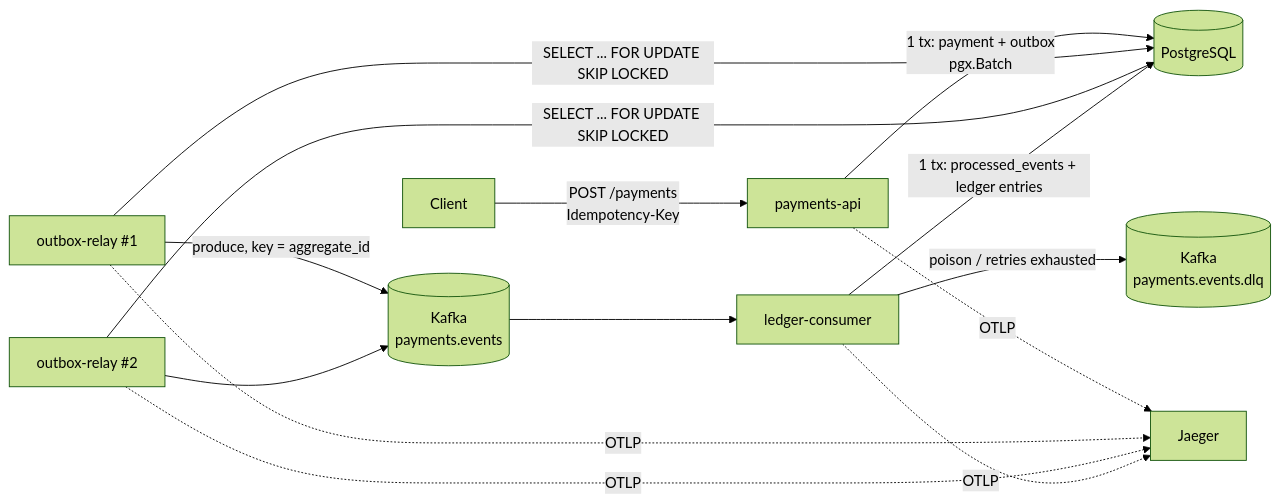
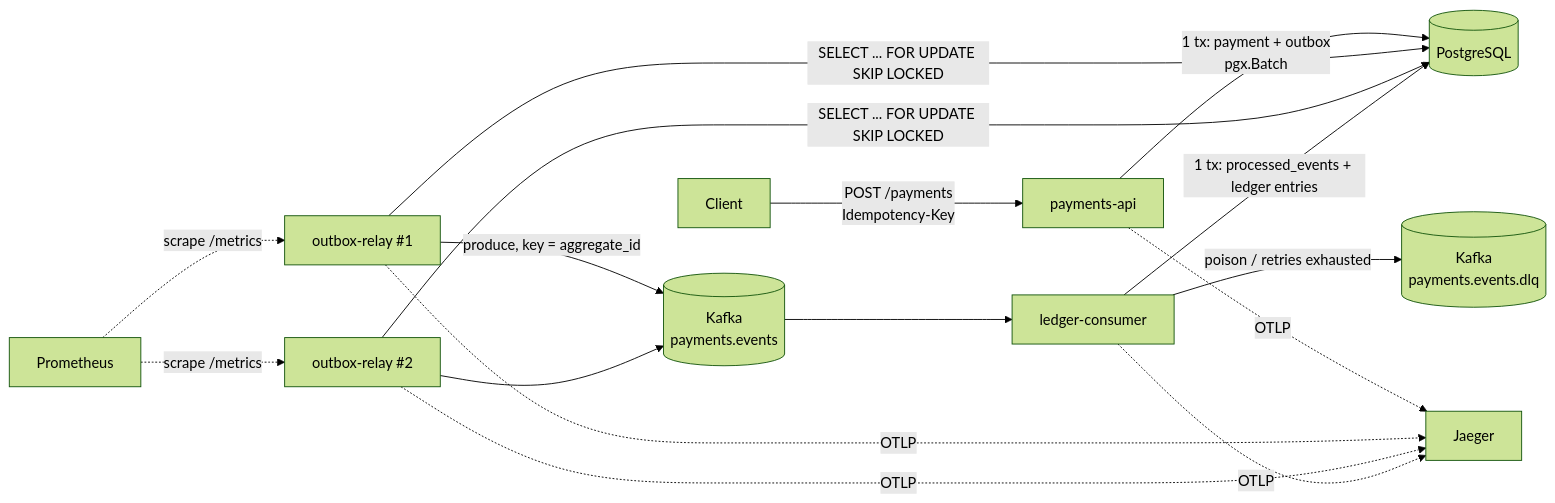
The first of 2 diagrams in docs/ARCHITECTURE.md (aavorov89/t-outbox), drawn with Mermaid (forest theme) before and after one commit. The commit also changed other lines of this file and 29 other files, not shown here.

````diff
--- a/docs/ARCHITECTURE.md
+++ b/docs/ARCHITECTURE.md
@@ -28,16 +28,18 @@
 ```mermaid
 flowchart LR
     C[Client] -->|POST /payments<br/>Idempotency-Key| API[payments-api]
     API -->|1 tx: payment + outbox<br/>pgx.Batch| PG[(PostgreSQL)]
     R1[outbox-relay #1] -->|SELECT ... FOR UPDATE SKIP LOCKED| PG
     R2[outbox-relay #2] -->|SELECT ... FOR UPDATE SKIP LOCKED| PG
     R1 -->|produce, key = aggregate_id| K[(Kafka<br/>payments.events)]
     R2 --> K
     K --> L[ledger-consumer]
     L -->|1 tx: processed_events + ledger entries| PG
     L -->|poison / retries exhausted| DLQ[(Kafka<br/>payments.events.dlq)]
     API -. OTLP .-> J[Jaeger]
     R1 -. OTLP .-> J
     R2 -. OTLP .-> J
     L -. OTLP .-> J
+    P[Prometheus] -. scrape /metrics .-> R1
+    P -. scrape /metrics .-> R2
 ```
````
